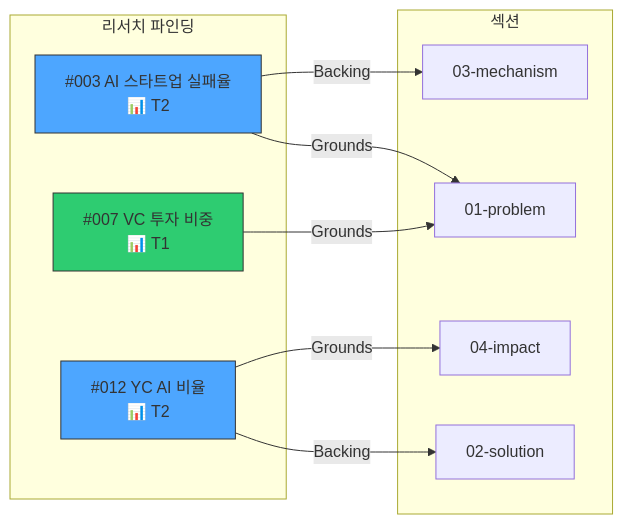
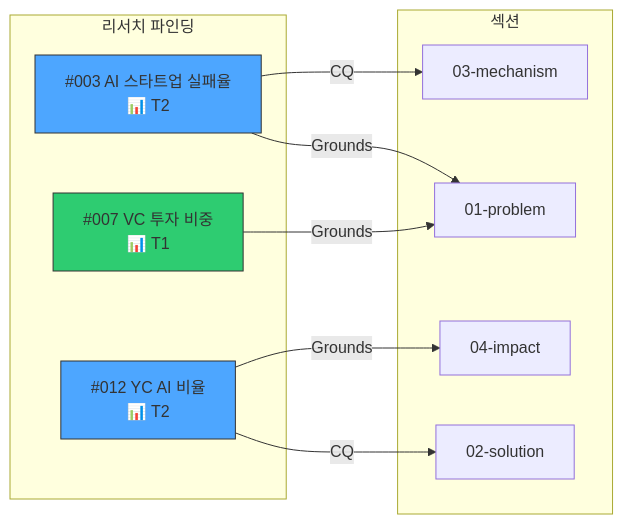
Before and after one commit to skadudd/sowhat: the diagram in .claude/sowhat-core/references/citation-graph.md, drawn with Mermaid. The commit also changed other lines of this file and 42 other files, not shown here.

````diff
--- a/.claude/sowhat-core/references/citation-graph.md
+++ b/.claude/sowhat-core/references/citation-graph.md
@@ -269,25 +269,25 @@
 ```mermaid
 graph LR
   subgraph 리서치 파인딩
     F003["#003 AI 스타트업 실패율<br/>📊 T2"]
     F007["#007 VC 투자 비중<br/>📊 T1"]
     F012["#012 YC AI 비율<br/>📊 T2"]
   end
 
   subgraph 섹션
     S01["01-problem"]
     S02["02-solution"]
     S03["03-mechanism"]
     S04["04-impact"]
   end
 
   F003 -->|Grounds| S01
-  F003 -->|Backing| S03
+  F003 -->|CQ| S03
   F007 -->|Grounds| S01
-  F012 -->|Backing| S02
+  F012 -->|CQ| S02
   F012 -->|Grounds| S04
 
   style F003 fill:#4da6ff,stroke:#333
   style F007 fill:#2ecc71,stroke:#333
   style F012 fill:#4da6ff,stroke:#333
 ```
````
